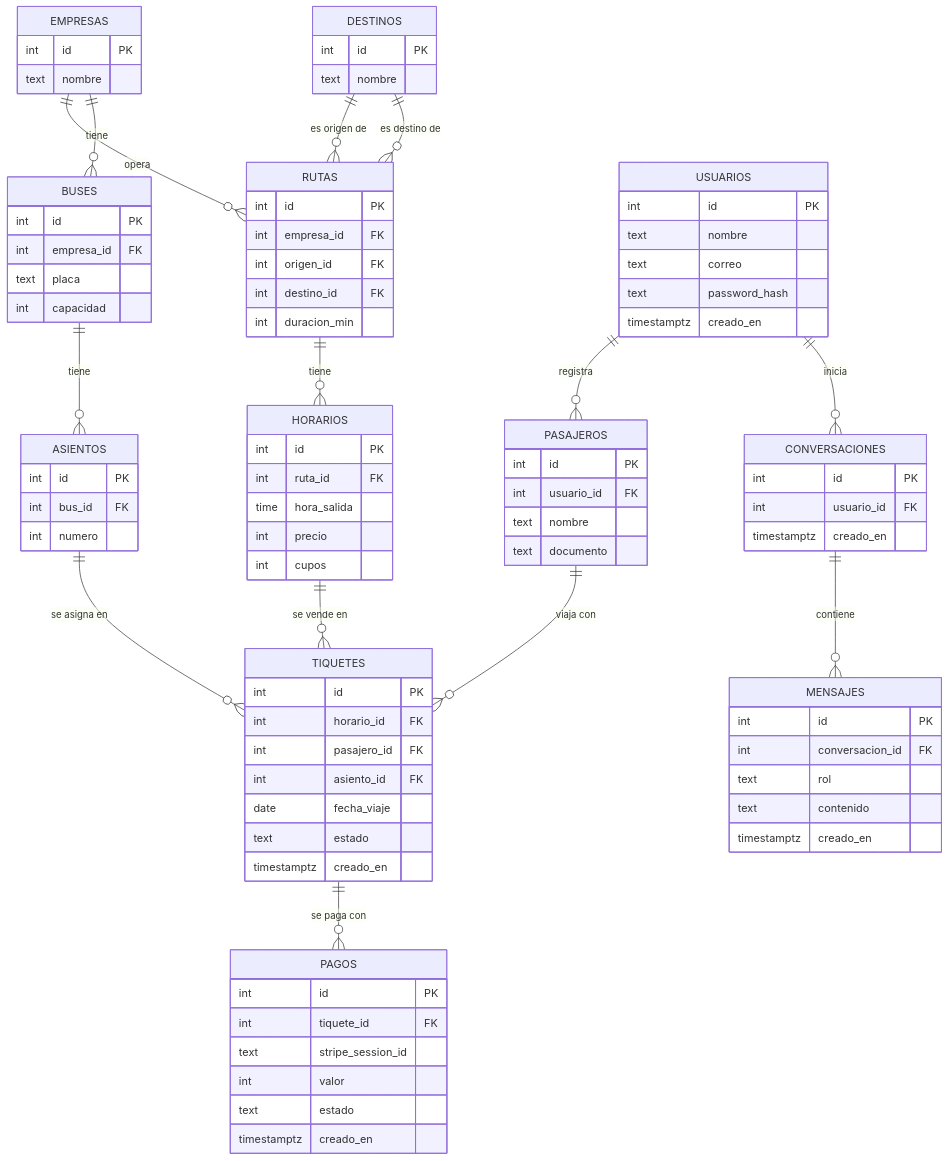
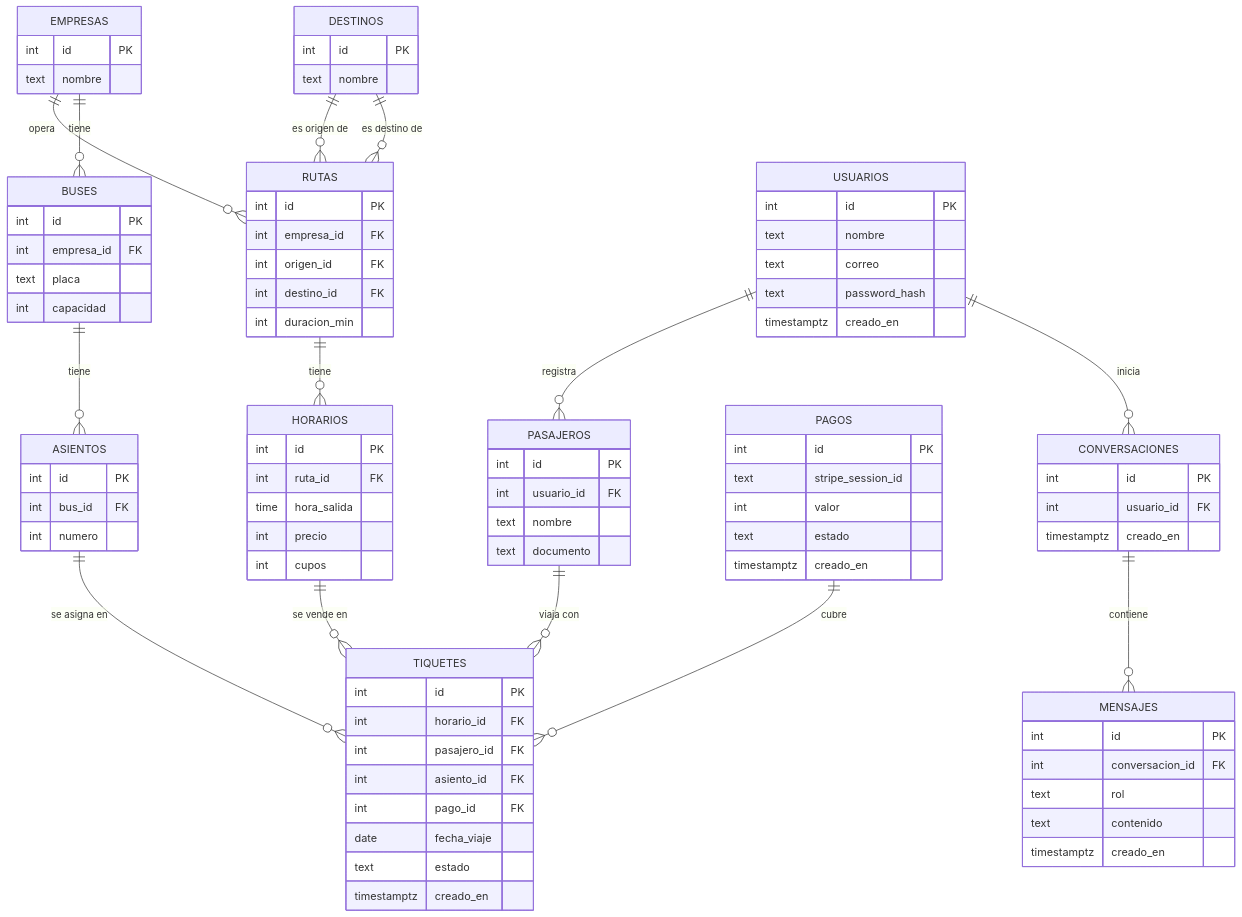
One commit to terminapp-pasto/terminapp-backend changed the second of 4 diagrams in README.md. Above: the diagram before and after it, drawn with Mermaid. The commit also changed other lines of this file and 5 other files, not shown here.

First line of the commit message:
Agregar compra de pasajes con asientos, reservas que vencen y pago con Stripe

```diff
--- a/README.md
+++ b/README.md
@@ -59,7 +95,7 @@
     ASIENTOS ||--o{ TIQUETES : "se asigna en"
     USUARIOS ||--o{ PASAJEROS : "registra"
     PASAJEROS ||--o{ TIQUETES : "viaja con"
-    TIQUETES ||--o{ PAGOS : "se paga con"
+    PAGOS ||--o{ TIQUETES : "cubre"
     USUARIOS ||--o{ CONVERSACIONES : "inicia"
     CONVERSACIONES ||--o{ MENSAJES : "contiene"
 
@@ -90,6 +126,7 @@
         int horario_id FK
         int pasajero_id FK
         int asiento_id FK
+        int pago_id FK
         date fecha_viaje
         text estado
         timestamptz creado_en
@@ -120,7 +157,6 @@
     }
     PAGOS {
         int id PK
-        int tiquete_id FK
         text stripe_session_id
         int valor
         text estado
```
